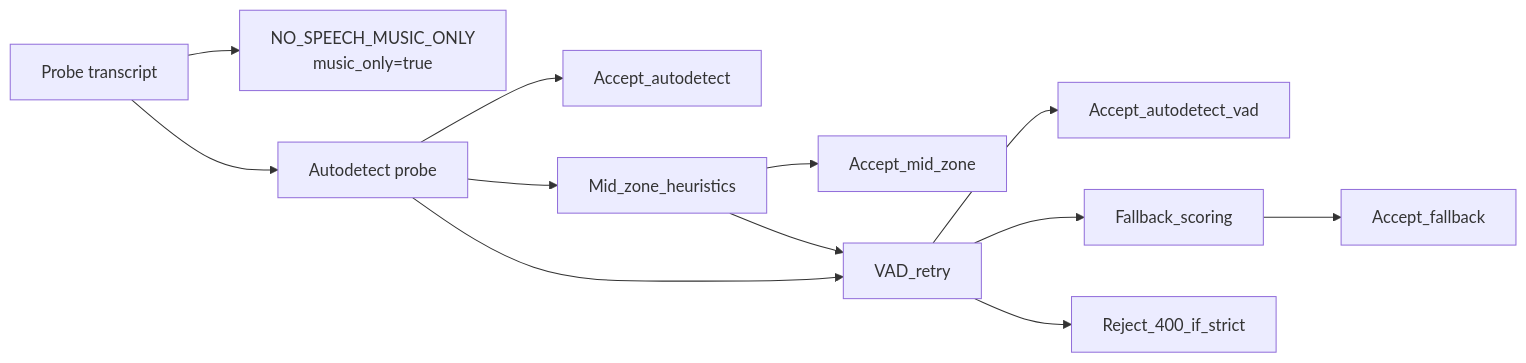
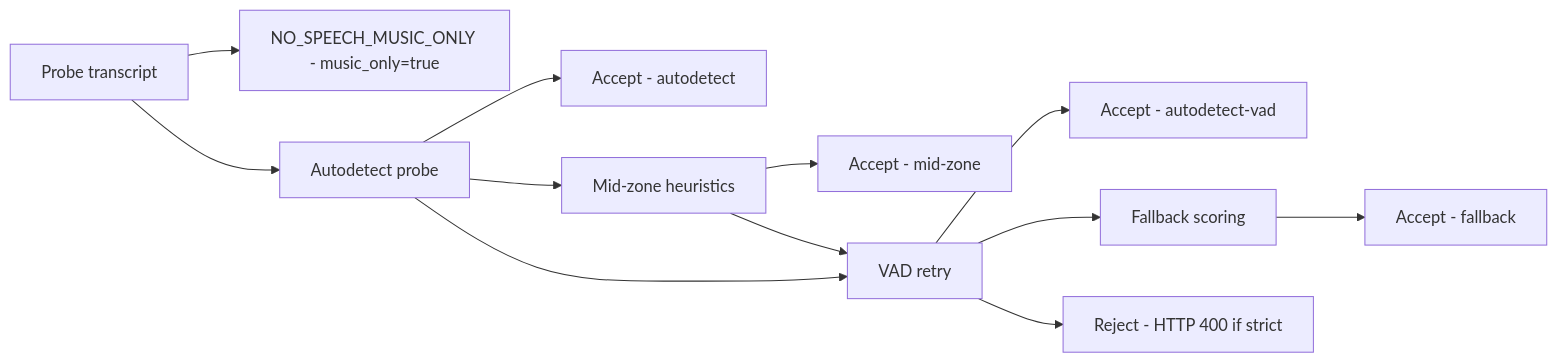
The third of 3 diagrams in langid_service/README.md (cisco7507/LangId-mr), drawn with Mermaid before and after one commit. The commit also changed 3 other files, not shown here.

Commit message:
docs: sanitize mermaid diagrams to avoid parser errors

````diff
--- a/langid_service/README.md
+++ b/langid_service/README.md
@@ -168,14 +168,14 @@
 ```mermaid
 flowchart LR
-  Probe[Probe transcript] --> MusicOnly[NO_SPEECH_MUSIC_ONLY\nmusic_only=true]
+  Probe[Probe transcript] --> MusicOnly[NO_SPEECH_MUSIC_ONLY - music_only=true]
   Probe --> Detect[Autodetect probe]
-  Detect --> AcceptHigh[Accept_autodetect]
-  Detect --> MidZone[Mid_zone_heuristics]
-  MidZone --> AcceptMid[Accept_mid_zone]
-  MidZone --> VADRetry[VAD_retry]
+  Detect --> AcceptHigh[Accept - autodetect]
+  Detect --> MidZone[Mid-zone heuristics]
+  MidZone --> AcceptMid[Accept - mid-zone]
+  MidZone --> VADRetry[VAD retry]
   Detect --> VADRetry
-  VADRetry --> AcceptVAD[Accept_autodetect_vad]
-  VADRetry --> Fallback[Fallback_scoring]
-  Fallback --> AcceptFallback[Accept_fallback]
-  VADRetry --> Reject[Reject_400_if_strict]
+  VADRetry --> AcceptVAD[Accept - autodetect-vad]
+  VADRetry --> Fallback[Fallback scoring]
+  Fallback --> AcceptFallback[Accept - fallback]
+  VADRetry --> Reject[Reject - HTTP 400 if strict]
 ```
````
